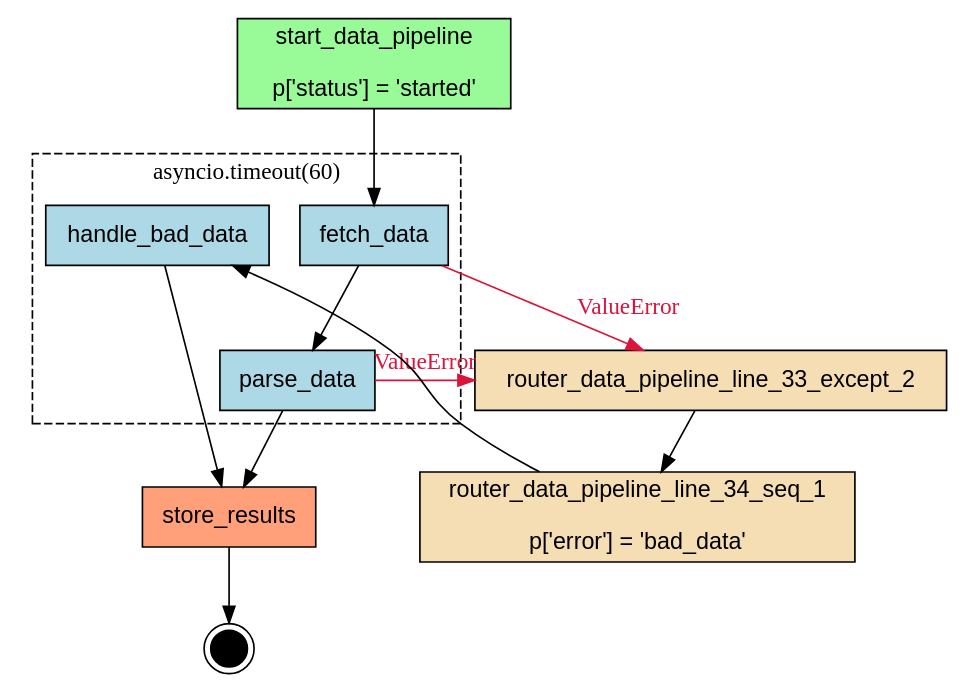
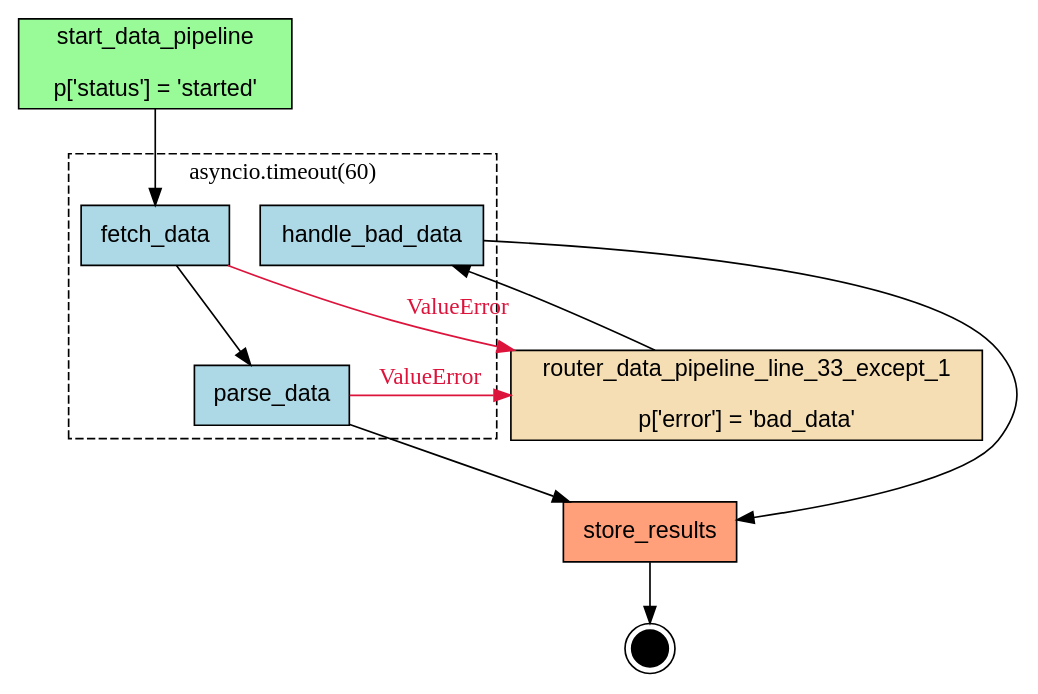
One commit to deliveryhero/asya changed the diagram in examples/flows/compiled/resiliency_combined/flow.dot. Above: the diagram before and after it, drawn with Graphviz. The commit also changed 139 other files, not shown here.

Commit message:
chore: recompile all flows with int/float types in manifests

```diff
--- a/examples/flows/compiled/resiliency_combined/flow.dot
+++ b/examples/flows/compiled/resiliency_combined/flow.dot
@@ -1,33 +1,31 @@
 digraph "data_pipeline" {
     rankdir=TB;
     node [shape=box, style=filled, fontname="Helvetica"];
 
     { rank=source; start_data_pipeline; }
 
     fetch_data [label="fetch_data", fillcolor=lightblue];
     handle_bad_data [label="handle_bad_data", fillcolor=lightblue];
     parse_data [label="parse_data", fillcolor=lightblue];
-    router_data_pipeline_line_33_except_2 [label="router_data_pipeline_line_33_except_2", fillcolor=wheat];
-    router_data_pipeline_line_34_seq_1 [label="router_data_pipeline_line_34_seq_1\n\np['error'] = 'bad_data'", fillcolor=wheat];
+    router_data_pipeline_line_33_except_1 [label="router_data_pipeline_line_33_except_1\n\np['error'] = 'bad_data'", fillcolor=wheat];
     start_data_pipeline [label="start_data_pipeline\n\np['status'] = 'started'", fillcolor=palegreen];
     store_results [label="store_results", fillcolor=lightsalmon];
 
     __end__ [label="", shape=doublecircle, fillcolor=black, width=0.3, fixedsize=true];
 
     start_data_pipeline -> fetch_data;
     fetch_data -> parse_data;
     parse_data -> store_results;
-    router_data_pipeline_line_34_seq_1 -> handle_bad_data;
-    router_data_pipeline_line_33_except_2 -> router_data_pipeline_line_34_seq_1;
-    fetch_data -> router_data_pipeline_line_33_except_2 [label="ValueError", color="#DC143C", fontcolor="#DC143C"];
-    parse_data -> router_data_pipeline_line_33_except_2 [label="ValueError", color="#DC143C", fontcolor="#DC143C"];
+    router_data_pipeline_line_33_except_1 -> handle_bad_data;
     handle_bad_data -> store_results;
+    fetch_data -> router_data_pipeline_line_33_except_1 [label="ValueError", color="#DC143C", fontcolor="#DC143C"];
+    parse_data -> router_data_pipeline_line_33_except_1 [label="ValueError", color="#DC143C", fontcolor="#DC143C"];
     store_results -> __end__;
     subgraph cluster_asyncio_timeout_60_ {
         label="asyncio.timeout(60)";
         style=dashed;
         fetch_data;
         parse_data;
         handle_bad_data;
     }
 }
```
